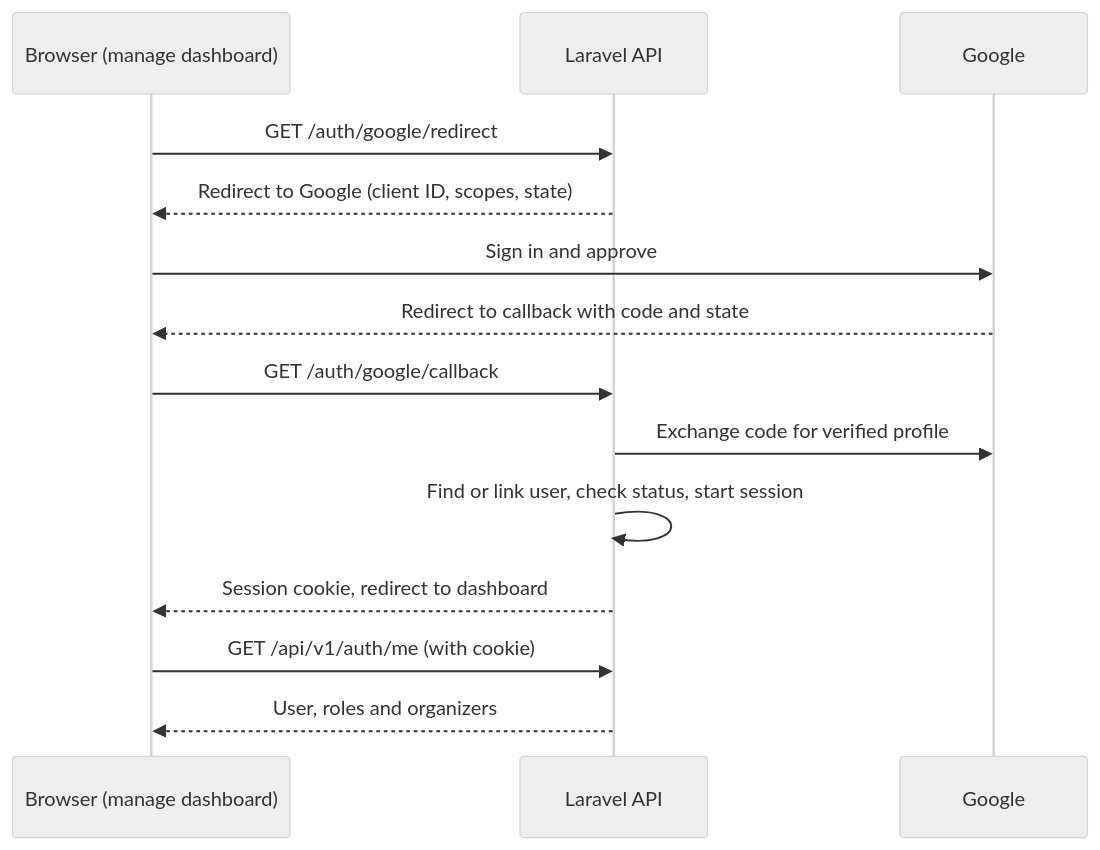
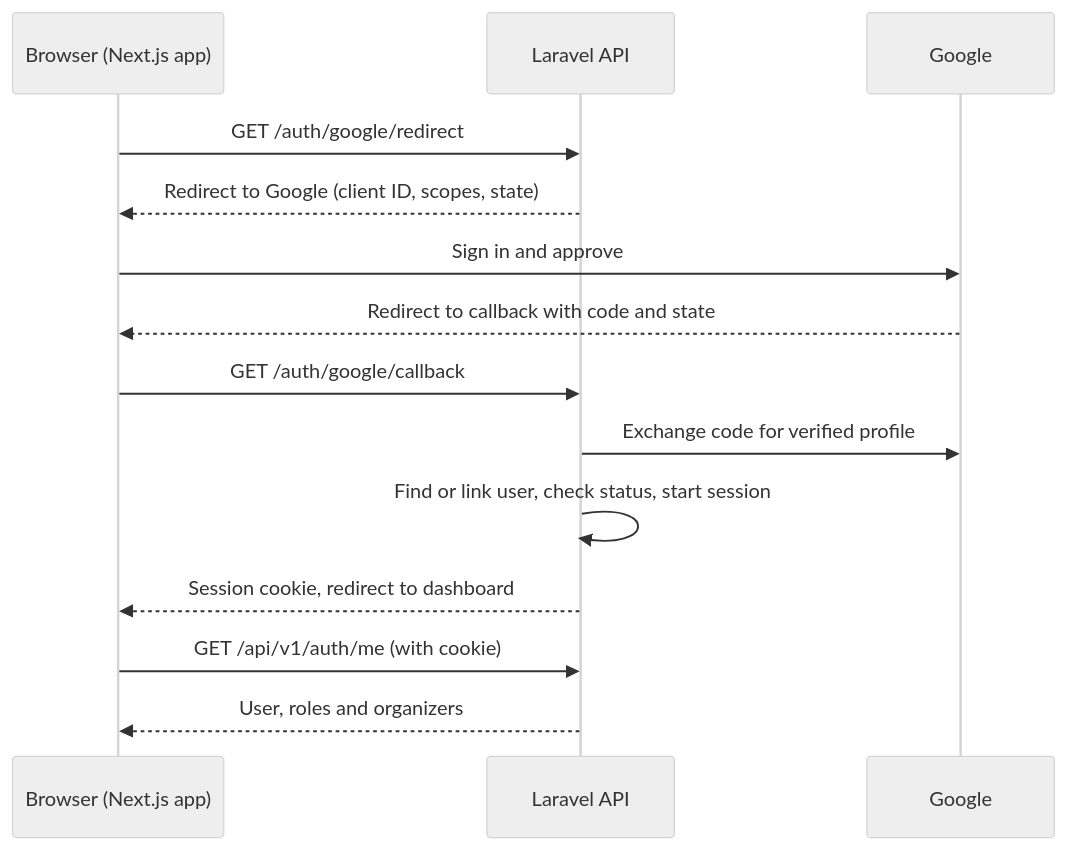
Before and after one commit to kreativesahara/ticket: the second of 4 diagrams in techstack.md, drawn with Mermaid (neutral theme). The commit also changed other lines of this file and 7 other files, not shown here.

Commit message:
refactor: update architecture and prompt specs for single Next.js frontend repository structure

````diff
--- a/techstack.md
+++ b/techstack.md
@@ -68,17 +65,17 @@
 ```mermaid
 sequenceDiagram
-    participant B as Browser (manage dashboard)
+    participant B as Browser (Next.js app)
     participant A as Laravel API
     participant G as Google
 
     B->>A: GET /auth/google/redirect
     A-->>B: Redirect to Google (client ID, scopes, state)
     B->>G: Sign in and approve
     G-->>B: Redirect to callback with code and state
     B->>A: GET /auth/google/callback
     A->>G: Exchange code for verified profile
     A->>A: Find or link user, check status, start session
     A-->>B: Session cookie, redirect to dashboard
     B->>A: GET /api/v1/auth/me (with cookie)
     A-->>B: User, roles and organizers
 ```
````
